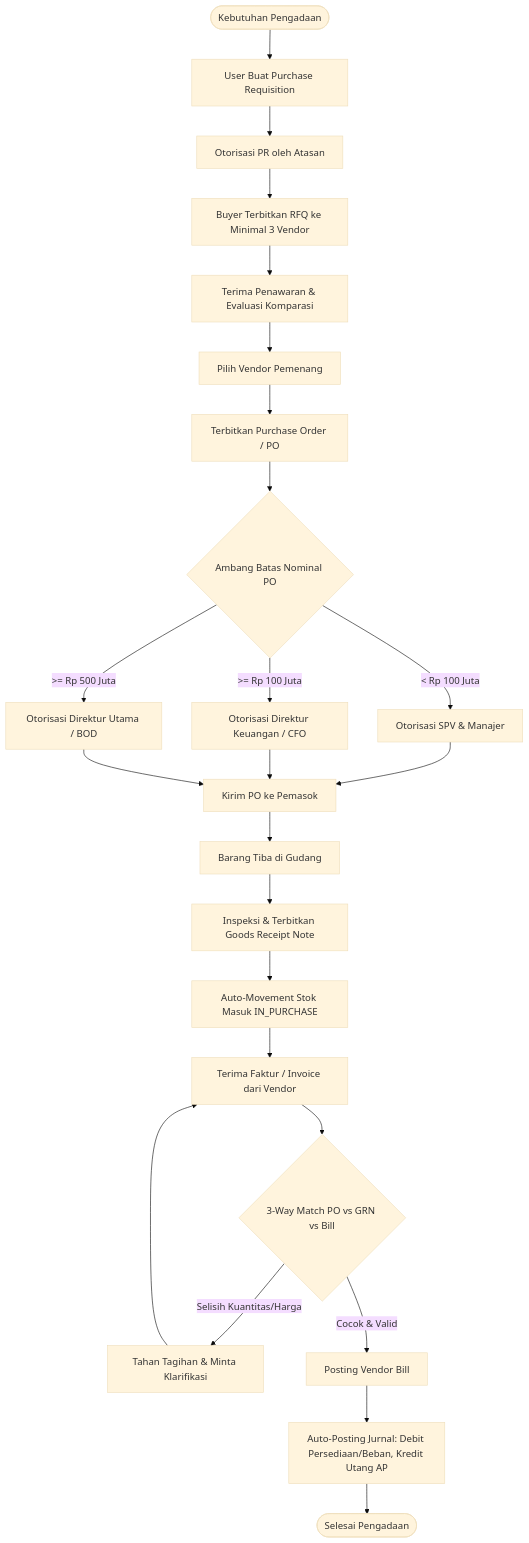
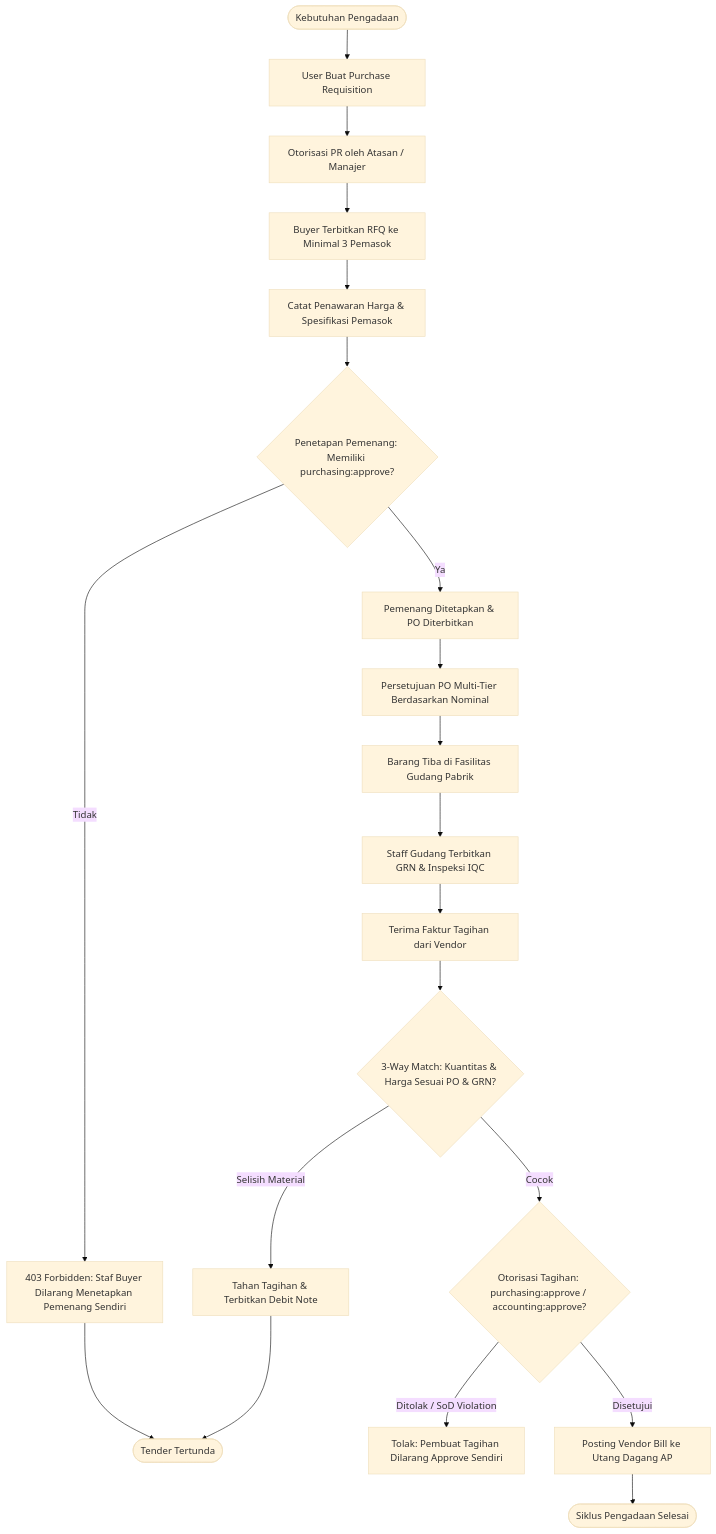
One commit to Vall-Here/mnf-erp-nextjs-golang changed the second of 4 diagrams in sdd/04_purchasing_sdd.md. Above: the diagram before and after it, drawn with Mermaid (base theme). The commit also changed other lines of this file and 10 other files, not shown here.

````diff
--- a/sdd/04_purchasing_sdd.md
+++ b/sdd/04_purchasing_sdd.md
@@ -49,33 +52,28 @@
 ```mermaid
 flowchart TD
     Start([Kebutuhan Pengadaan]) --> CreatePR[User Buat Purchase Requisition]
-    CreatePR --> ApprovePR[Otorisasi PR oleh Atasan]
-    ApprovePR --> CreateRFQ[Buyer Terbitkan RFQ ke Minimal 3 Vendor]
+    CreatePR --> ApprovePR[Otorisasi PR oleh Atasan / Manajer]
+    ApprovePR --> CreateRFQ[Buyer Terbitkan RFQ ke Minimal 3 Pemasok]
     
-    CreateRFQ --> ReceiveBids[Terima Penawaran & Evaluasi Komparasi]
-    ReceiveBids --> SelectVendor[Pilih Vendor Pemenang]
-    SelectVendor --> CreatePO[Terbitkan Purchase Order / PO]
+    CreateRFQ --> ReceiveBids[Catat Penawaran Harga & Spesifikasi Pemasok]
+    ReceiveBids --> AwardRFQ{Penetapan Pemenang: Memiliki purchasing:approve?}
     
-    CreatePO --> CheckValue{Ambang Batas Nominal PO}
-    CheckValue -- < Rp 100 Juta --> ApprL2[Otorisasi SPV & Manajer]
-    CheckValue -- >= Rp 100 Juta --> ApprL3[Otorisasi Direktur Keuangan / CFO]
-    CheckValue -- >= Rp 500 Juta --> ApprL4[Otorisasi Direktur Utama / BOD]
+    AwardRFQ -- Tidak --> DenyAward[403 Forbidden: Staf Buyer Dilarang Menetapkan Pemenang Sendiri]
+    DenyAward --> EndFail([Tender Tertunda])
     
-    ApprL2 --> SendPO[Kirim PO ke Pemasok]
-    ApprL3 --> SendPO
-    ApprL4 --> SendPO
+    AwardRFQ -- Ya --> SetWinner[Pemenang Ditetapkan & PO Diterbitkan]
+    SetWinner --> ApprovePO[Persetujuan PO Multi-Tier Berdasarkan Nominal]
     
-    SendPO --> ArriveGoods[Barang Tiba di Gudang]
-    ArriveGoods --> ReceiveGRN[Inspeksi & Terbitkan Goods Receipt Note]
-    ReceiveGRN --> AutoStock[Auto-Movement Stok Masuk IN_PURCHASE]
+    ApprovePO --> ArriveGoods[Barang Tiba di Fasilitas Gudang Pabrik]
+    ArriveGoods --> ReceiveGRN[Staff Gudang Terbitkan GRN & Inspeksi IQC]
+    ReceiveGRN --> ArriveBill[Terima Faktur Tagihan dari Vendor]
     
-    AutoStock --> ArriveBill[Terima Faktur / Invoice dari Vendor]
-    ArriveBill --> ThreeWayMatch{3-Way Match PO vs GRN vs Bill}
+    ArriveBill --> ThreeWayMatch{3-Way Match: Kuantitas & Harga Sesuai PO & GRN?}
+    ThreeWayMatch -- Selisih Material --> HoldBill[Tahan Tagihan & Terbitkan Debit Note]
+    HoldBill --> EndFail
     
-    ThreeWayMatch -- Selisih Kuantitas/Harga --> HoldBill[Tahan Tagihan & Minta Klarifikasi]
-    HoldBill --> ArriveBill
-    
-    ThreeWayMatch -- Cocok & Valid --> PostBill[Posting Vendor Bill]
-    PostBill --> AutoJournal[Auto-Posting Jurnal: Debit Persediaan/Beban, Kredit Utang AP]
-    AutoJournal --> EndDone([Selesai Pengadaan])
+    ThreeWayMatch -- Cocok --> ApproveBill{Otorisasi Tagihan: purchasing:approve / accounting:approve?}
+    ApproveBill -- Ditolak / SoD Violation --> RejectBill[Tolak: Pembuat Tagihan Dilarang Approve Sendiri]
+    ApproveBill -- Disetujui --> PostBill[Posting Vendor Bill ke Utang Dagang AP]
+    PostBill --> EndDone([Siklus Pengadaan Selesai])
 ```
````
